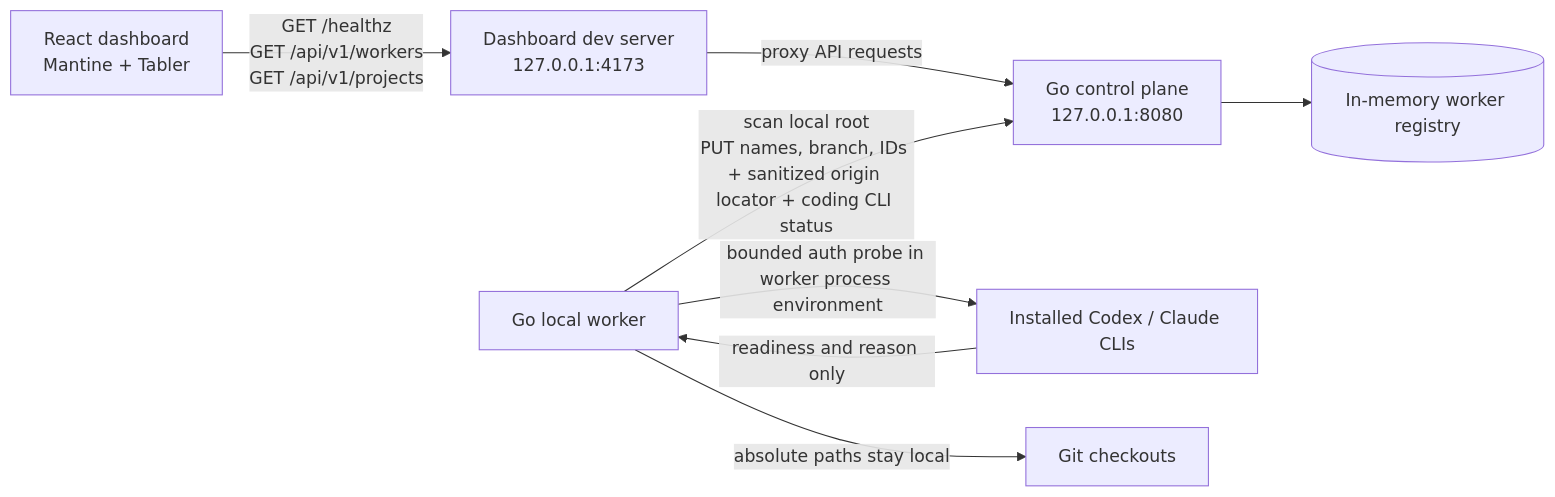
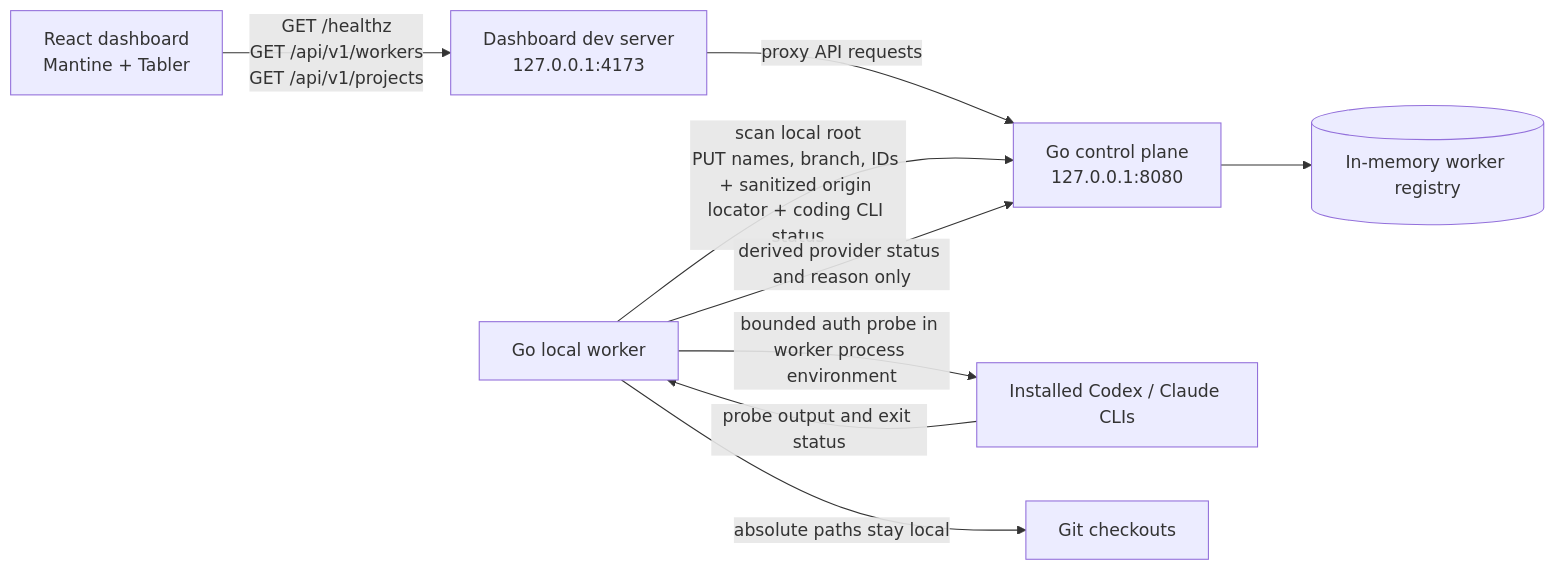
One commit to bogdaniel/zenchron-engineering-os changed the first of 2 diagrams in docs/features/local-worker-presence.md. Above: the diagram before and after it, drawn with Mermaid. The commit also changed other lines of this file and 3 other files, not shown here.

Commit message:
fix(worker): bound auth probes and sandbox readiness

````diff
--- a/docs/features/local-worker-presence.md
+++ b/docs/features/local-worker-presence.md
@@ -13,10 +13,11 @@
 ```mermaid
 flowchart LR
     Browser[React dashboard<br/>Mantine + Tabler] -->|GET /healthz<br/>GET /api/v1/workers<br/>GET /api/v1/projects| UI[Dashboard dev server<br/>127.0.0.1:4173]
     UI -->|proxy API requests| API[Go control plane<br/>127.0.0.1:8080]
     Worker[Go local worker] -->|scan local root<br/>PUT names, branch, IDs + sanitized origin locator + coding CLI status| API
     Worker -->|bounded auth probe in worker process environment| CLIs[Installed Codex / Claude CLIs]
-    CLIs -->|readiness and reason only| Worker
+    CLIs -->|probe output and exit status| Worker
+    Worker -->|derived provider status and reason only| API
     Worker -->|absolute paths stay local| LocalRepos[Git checkouts]
     API --> Registry[(In-memory worker registry)]
 ```
````
